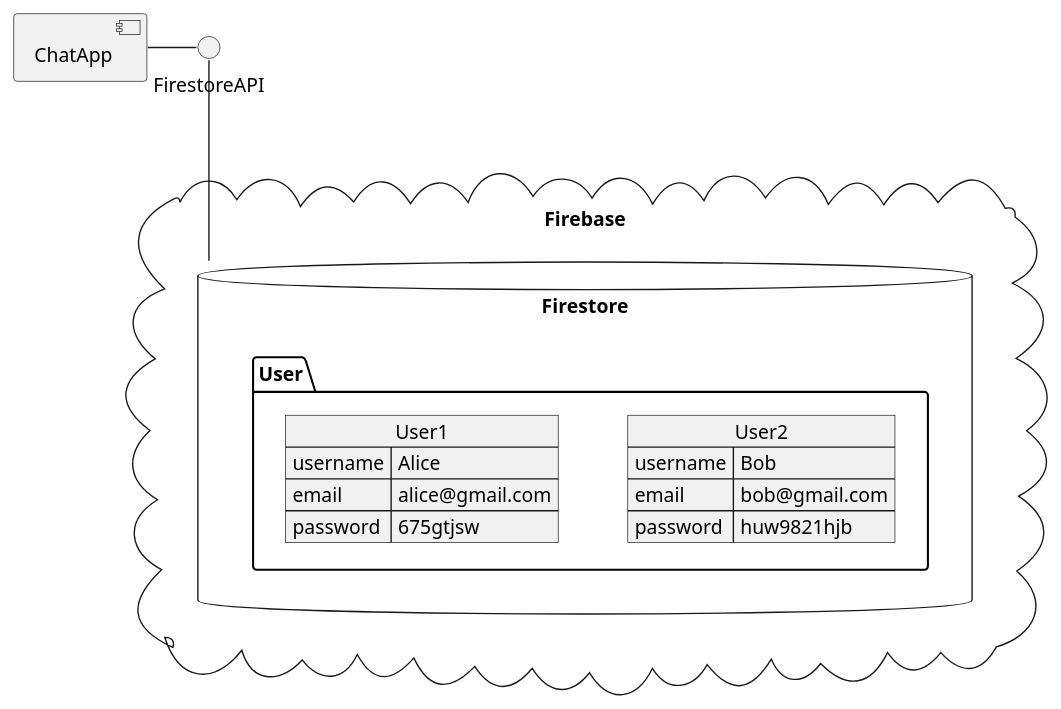
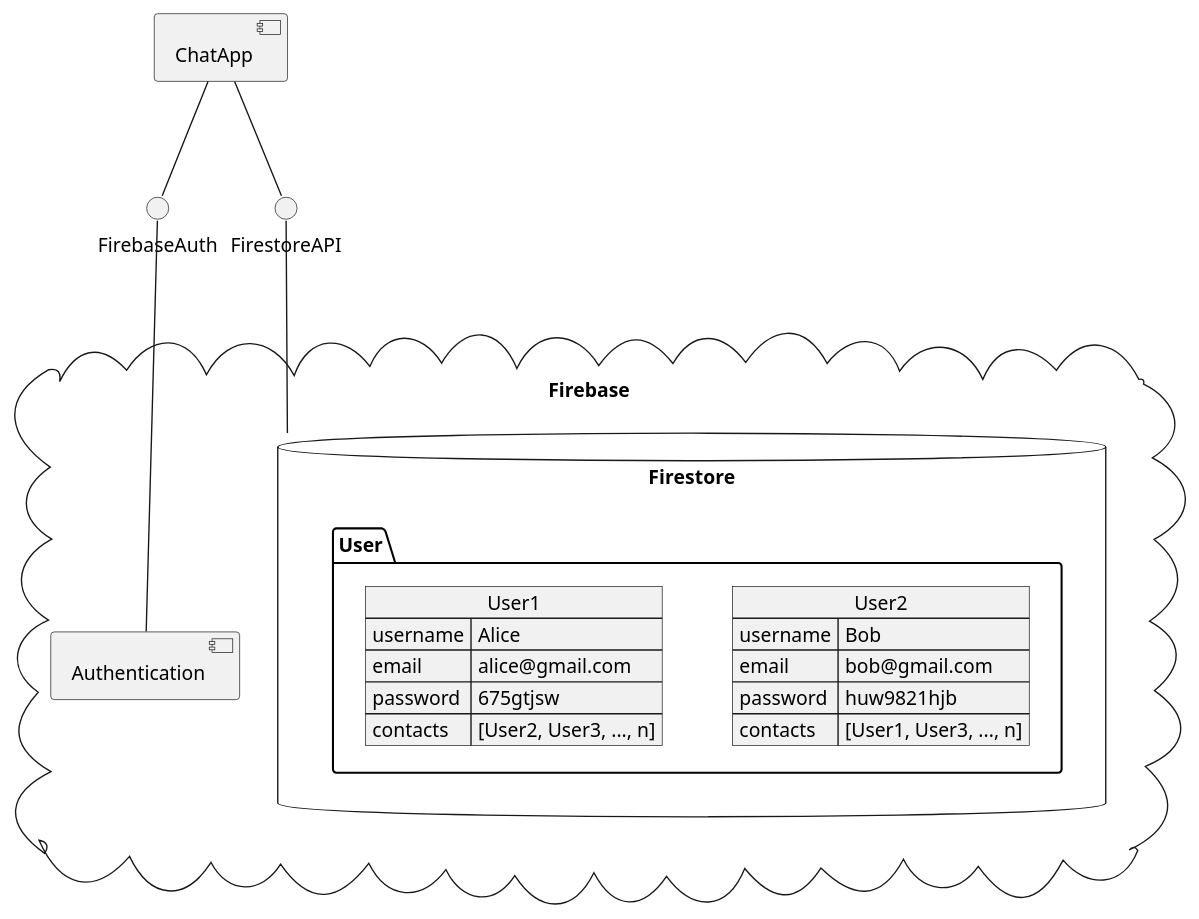
The diagram in app/docs/ChatAppComponentDiagram.puml (Gustavo0899/ChatApp), drawn with PlantUML before and after one commit. The commit also changed 8 other files, not shown here.

Commit message:
CA-3: Implemented functionality to add linearLayout in recyclerView by clicking a button, created ModelDiagram for db, changed ComponentDiagram

```diff
--- a/app/docs/ChatAppComponentDiagram.puml
+++ b/app/docs/ChatAppComponentDiagram.puml
@@ -1,27 +1,35 @@
 @startuml
 'https://plantuml.com/component-diagram
 
 cloud "Firebase" {
+component "Authentication" {
+}
+
 database "Firestore" as FS {
   folder "User" {
   json User2 {
     "username": "Bob",
     "email": "bob@gmail.com",
-    "password": "huw9821hjb"
+    "password": "huw9821hjb",
+    "contacts": "[User1, User3, ..., n]"
   }
   json User1 {
     "username": "Alice",
     "email": "alice@gmail.com",
-    "password": "675gtjsw"
+    "password": "675gtjsw",
+    "contacts": "[User2, User3, ..., n]"
   }
 }
 }
 }
 
 interface "FirestoreAPI" as FireAPI
+interface "FirebaseAuth" as FireAuth
 component ChatApp as App
 
-App - FireAPI
+App -- FireAPI
+App -- FireAuth
+FireAuth - "Authentication"
 FireAPI --- FS
 
 @enduml
```
